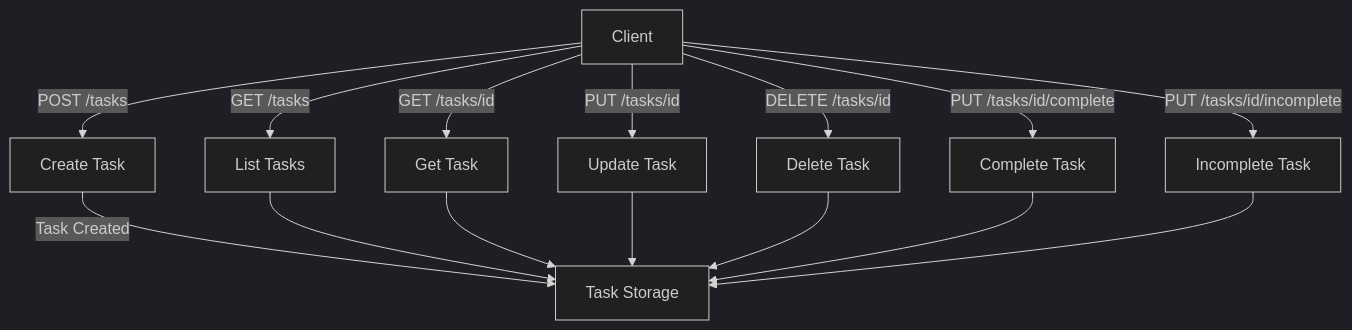
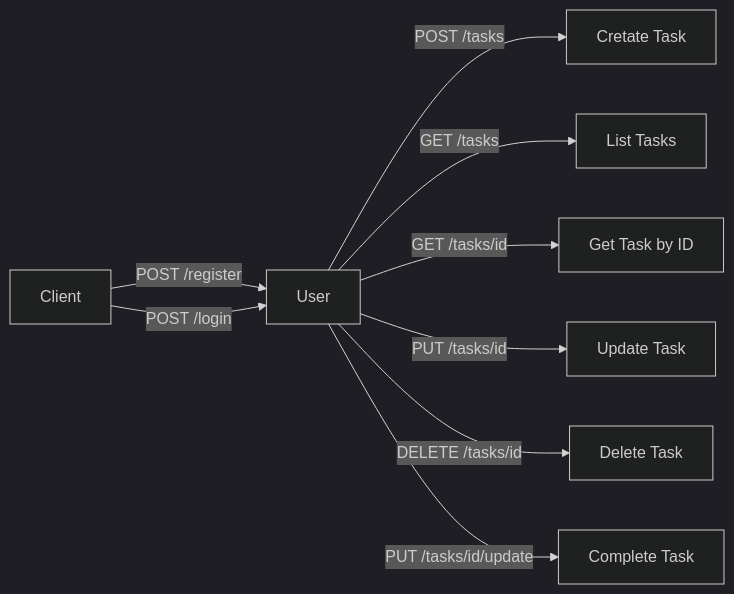
Before and after one commit to prbn97/internship-project: the first of 2 diagrams in taskstodo/README.md, drawn with Mermaid (dark theme). The commit also changed other lines of this file and 10 other files, not shown here.

````diff
--- a/taskstodo/README.md
+++ b/taskstodo/README.md
@@ -88,18 +104,13 @@
 ```mermaid
-graph TD
-    A[Client] -->|POST /tasks| B[Create Task]
-    B -->|Task Created| C[Task Storage]
-    A -->|GET /tasks| D[List Tasks]
-    D --> C
-    A -->|GET /tasks/id| E[Get Task]
-    E --> C
-    A -->|PUT /tasks/id| F[Update Task]
-    F --> C
-    A -->|DELETE /tasks/id| G[Delete Task]
-    G --> C
-    A -->|PUT /tasks/id/complete| H[Complete Task]
-    H --> C
-    A -->|PUT /tasks/id/incomplete| I[Incomplete Task]
-    I --> C
+graph LR
+    A[Client] -->|POST /register| B[User]
+    A[Client] -->|POST /login| B[User]
+
+    B -->|POST /tasks| C[Cretate Task]
+    B -->|GET /tasks| D[List Tasks]
+    B -->|GET /tasks/id| E[Get Task by ID]
+    B -->|PUT /tasks/id| F[Update Task]
+    B -->|DELETE /tasks/id| G[Delete Task]
+    B -->|PUT /tasks/id/update| H[Complete Task]
 
 ```
````
